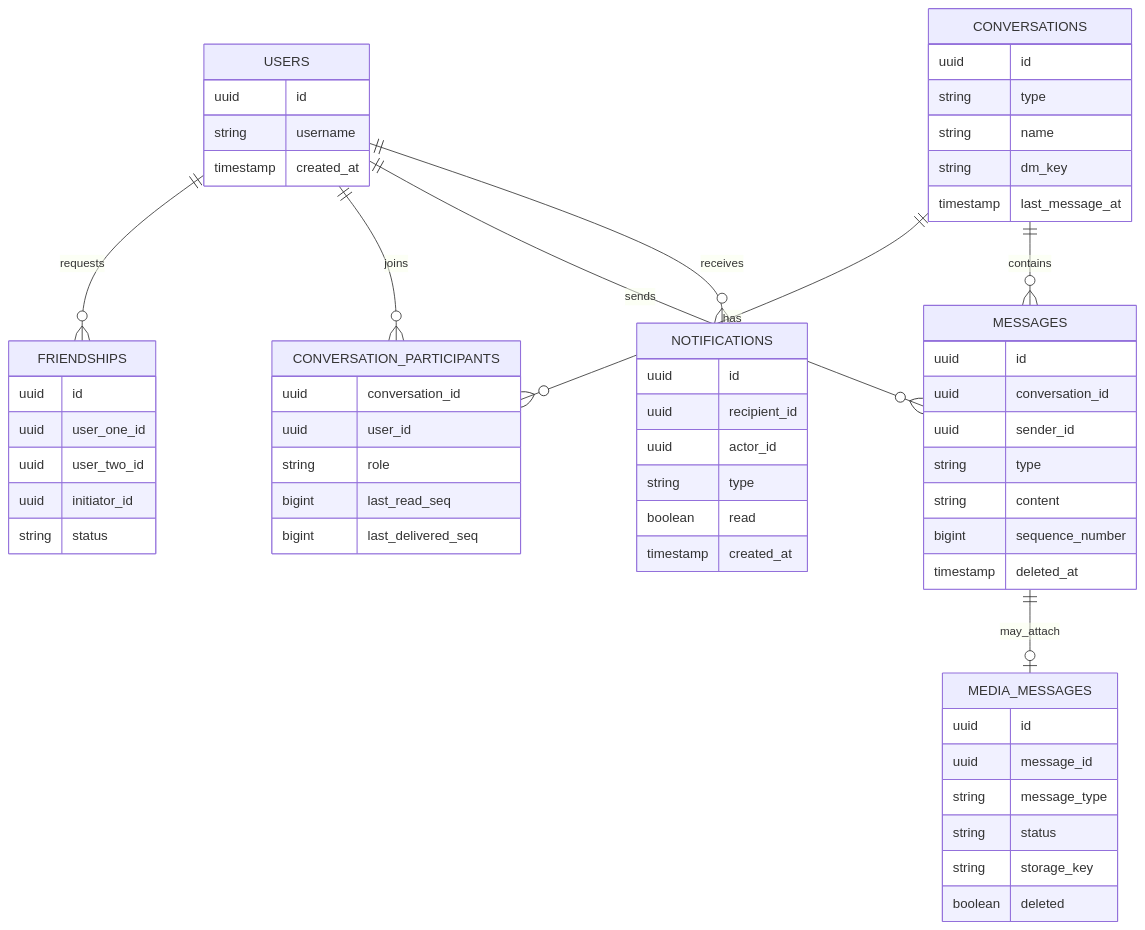
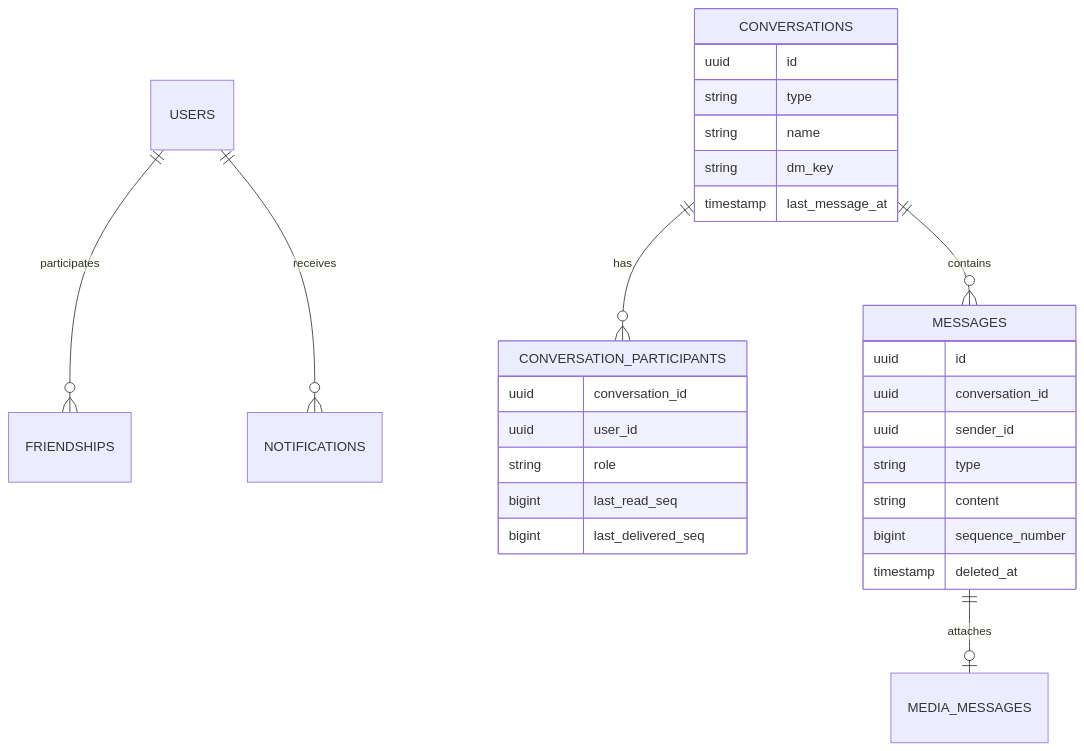
Before and after one commit to SudhanshuSingh6/ChatFlow: the fifth of 5 diagrams in README.md, drawn with Mermaid. The commit also changed other lines of this file, not shown here.

````diff
--- a/README.md
+++ b/README.md
@@ -164,68 +156,34 @@
 ```mermaid
 erDiagram
-  USERS ||--o{ FRIENDSHIPS : requests
-  USERS ||--o{ CONVERSATION_PARTICIPANTS : joins
+  USERS ||--o{ FRIENDSHIPS : participates
   CONVERSATIONS ||--o{ CONVERSATION_PARTICIPANTS : has
   CONVERSATIONS ||--o{ MESSAGES : contains
-  USERS ||--o{ MESSAGES : sends
-  MESSAGES ||--o| MEDIA_MESSAGES : may_attach
+  MESSAGES ||--o| MEDIA_MESSAGES : attaches
   USERS ||--o{ NOTIFICATIONS : receives
-
-  USERS {
-    uuid id
-    string username
-    timestamp created_at
-  }
-
-  FRIENDSHIPS {
-    uuid id
-    uuid user_one_id
-    uuid user_two_id
-    uuid initiator_id
-    string status
-  }
 
   CONVERSATIONS {
     uuid id
     string type
     string name
     string dm_key
     timestamp last_message_at
   }
 
   CONVERSATION_PARTICIPANTS {
     uuid conversation_id
     uuid user_id
     string role
     bigint last_read_seq
     bigint last_delivered_seq
   }
 
   MESSAGES {
     uuid id
     uuid conversation_id
     uuid sender_id
     string type
     string content
     bigint sequence_number
     timestamp deleted_at
   }
-
-  MEDIA_MESSAGES {
-    uuid id
-    uuid message_id
-    string message_type
-    string status
-    string storage_key
-    boolean deleted
-  }
-
-  NOTIFICATIONS {
-    uuid id
-    uuid recipient_id
-    uuid actor_id
-    string type
-    boolean read
-    timestamp created_at
-  }
 ```
````
